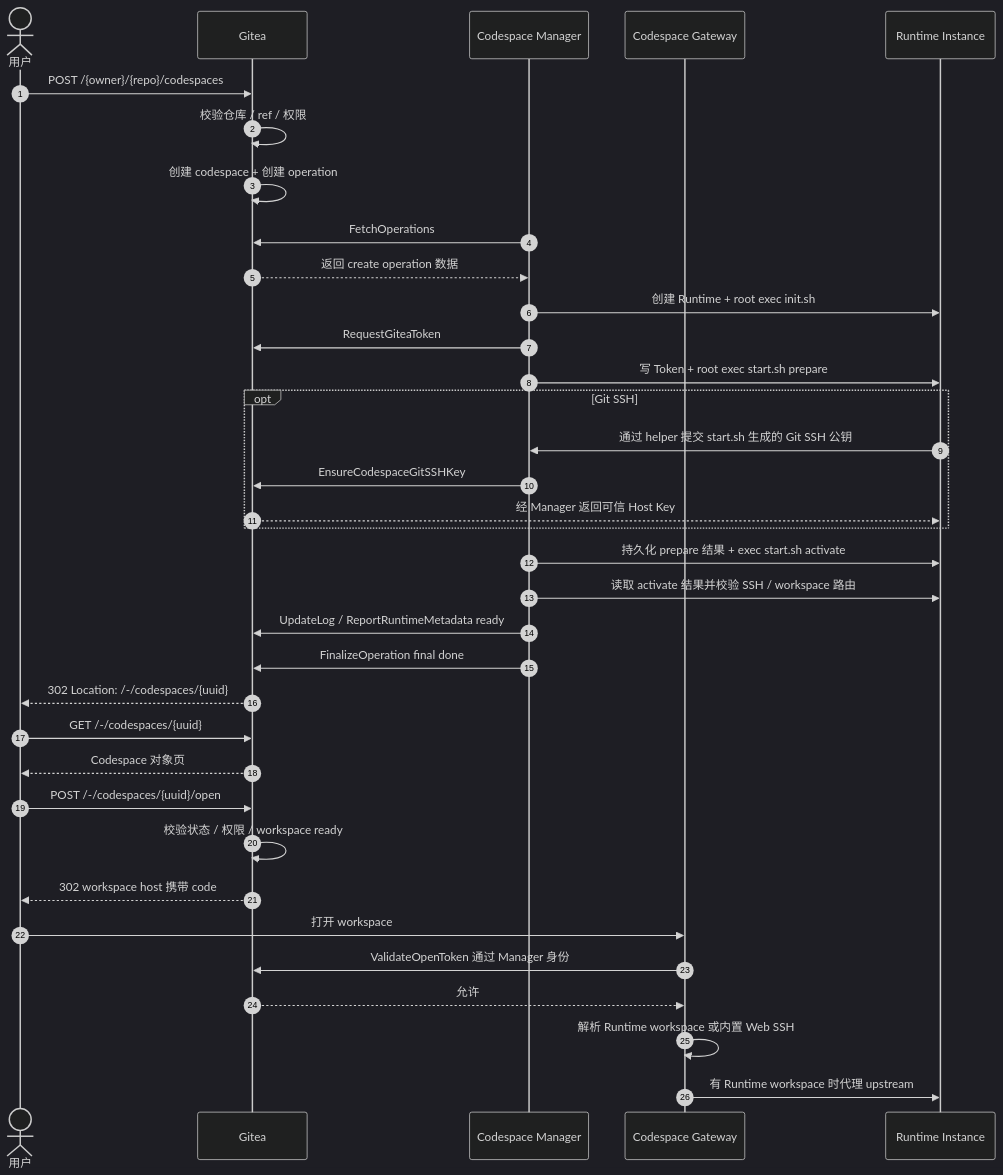
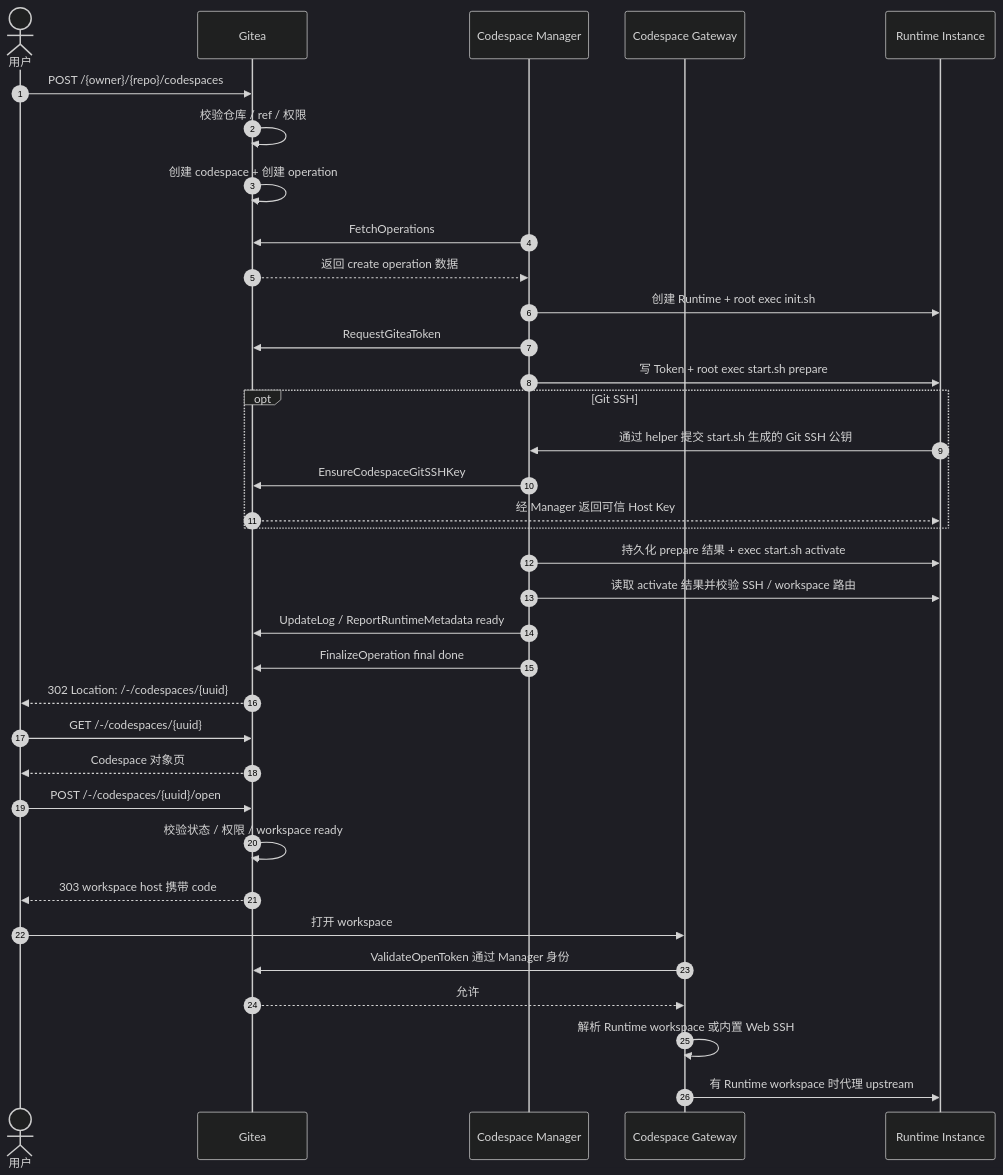
Before and after one commit to ExplodingDragon/gitea-dev: the second of 2 diagrams in src/README.md, drawn with Mermaid (dark theme). The commit also changed other lines of this file and 10 other files, not shown here.

````diff
--- a/src/README.md
+++ b/src/README.md
@@ -89,39 +91,39 @@
 ```mermaid
 sequenceDiagram
     autonumber
     actor User as 用户
     participant Gitea
     participant Manager as Codespace Manager
     participant Gateway as Codespace Gateway
     participant Runtime as Runtime Instance
 
     User->>Gitea: POST /{owner}/{repo}/codespaces
     Gitea->>Gitea: 校验仓库 / ref / 权限
     Gitea->>Gitea: 创建 codespace + 创建 operation
     Manager->>Gitea: FetchOperations
     Gitea-->>Manager: 返回 create operation 数据
     Manager->>Runtime: 创建 Runtime + root exec init.sh
     Manager->>Gitea: RequestGiteaToken
     Manager->>Runtime: 写 Token + root exec start.sh prepare
     opt Git SSH
         Runtime->>Manager: 通过 helper 提交 start.sh 生成的 Git SSH 公钥
         Manager->>Gitea: EnsureCodespaceGitSSHKey
         Gitea-->>Runtime: 经 Manager 返回可信 Host Key
     end
     Manager->>Runtime: 持久化 prepare 结果 + exec start.sh activate
     Manager->>Runtime: 读取 activate 结果并校验 SSH / workspace 路由
     Manager->>Gitea: UpdateLog / ReportRuntimeMetadata ready
     Manager->>Gitea: FinalizeOperation final done
     Gitea-->>User: 302 Location: /-/codespaces/{uuid}
     User->>Gitea: GET /-/codespaces/{uuid}
     Gitea-->>User: Codespace 对象页
 
     User->>Gitea: POST /-/codespaces/{uuid}/open
     Gitea->>Gitea: 校验状态 / 权限 / workspace ready
-    Gitea-->>User: 302 workspace host 携带 code
+    Gitea-->>User: 303 workspace host 携带 code
     User->>Gateway: 打开 workspace
     Gateway->>Gitea: ValidateOpenToken 通过 Manager 身份
     Gitea-->>Gateway: 允许
     Gateway->>Gateway: 解析 Runtime workspace 或内置 Web SSH
     Gateway->>Runtime: 有 Runtime workspace 时代理 upstream
 ```
````
